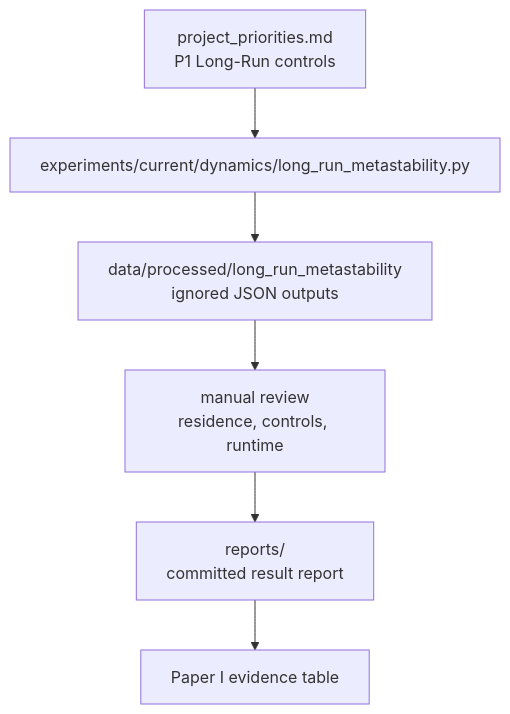
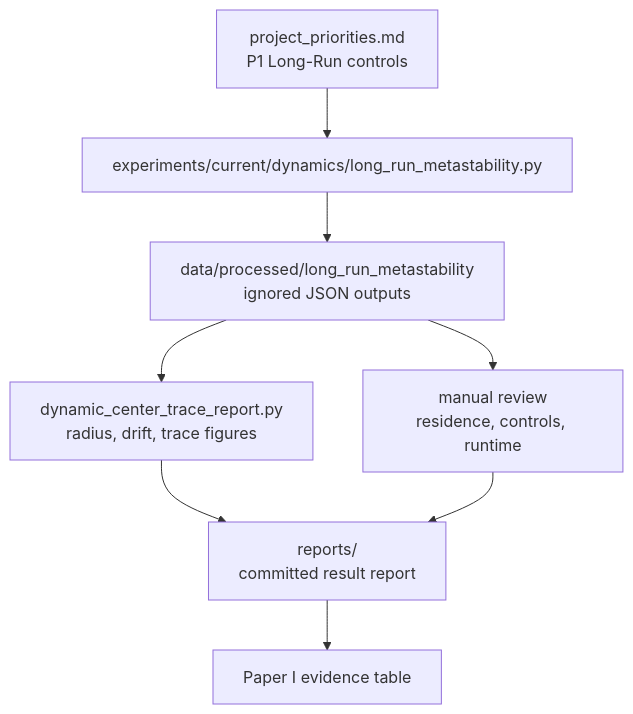
The fourth of 4 diagrams in docs/reference/repository_map.md (MemoryDynamics/Knoten), drawn with Mermaid before and after one commit. The commit also changed other lines of this file and 9 other files, not shown here.

Commit message:
Add dynamic center trace validation

````diff
--- a/docs/reference/repository_map.md
+++ b/docs/reference/repository_map.md
@@ -107,8 +108,10 @@
 ```mermaid
 flowchart TD
     plan["project_priorities.md<br/>P1 Long-Run controls"] --> runner["experiments/current/dynamics/long_run_metastability.py"]
     runner --> local["data/processed/long_run_metastability<br/>ignored JSON outputs"]
+    local --> trace_review["dynamic_center_trace_report.py<br/>radius, drift, trace figures"]
     local --> review["manual review<br/>residence, controls, runtime"]
+    trace_review --> report["reports/<br/>committed result report"]
     review --> report["reports/<br/>committed result report"]
     report --> paper1["Paper I evidence table"]
 ```
````
